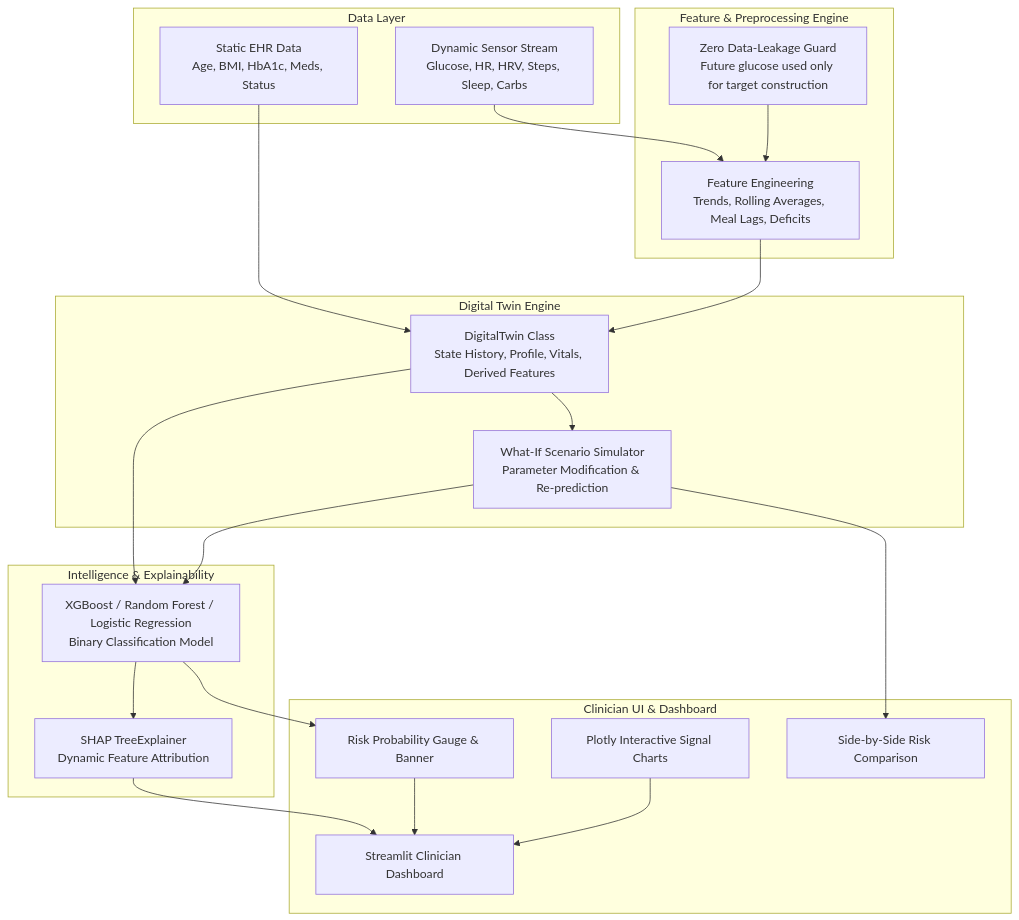
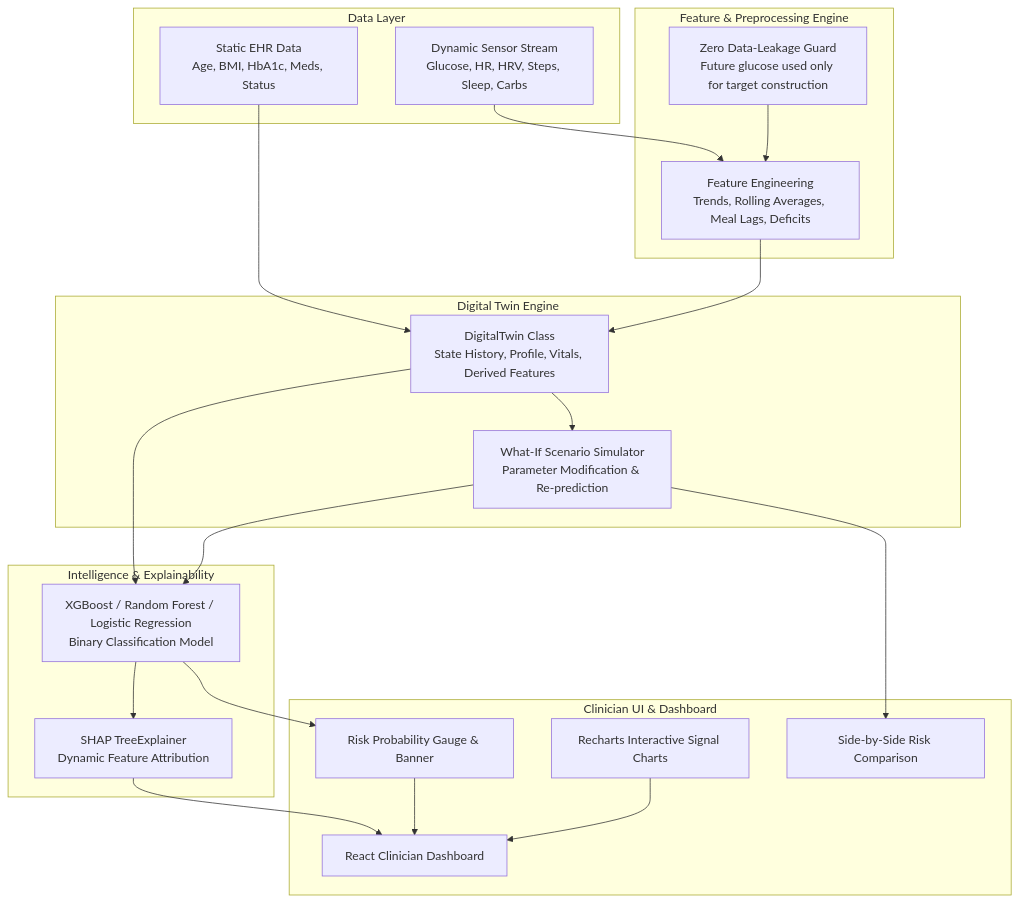
Before and after one commit to ARYANJUMDE/Digital_Twin_Hackathon: the diagram in GlucoTwin/architecture/system_architecture.md, drawn with Mermaid. The commit also changed 12 other files, not shown here.

Commit message:
Remove Streamlit dashboard in favor of React frontend

````diff
--- a/GlucoTwin/architecture/system_architecture.md
+++ b/GlucoTwin/architecture/system_architecture.md
@@ -13,43 +13,43 @@
 ```mermaid
 flowchart TD
     subgraph Data Layer
         EHR[Static EHR Data\nAge, BMI, HbA1c, Meds, Status]
         Wearable[Dynamic Sensor Stream\nGlucose, HR, HRV, Steps, Sleep, Carbs]
     end
 
     subgraph Feature & Preprocessing Engine
         FE[Feature Engineering\nTrends, Rolling Averages, Meal Lags, Deficits]
         DLGuard[Zero Data-Leakage Guard\nFuture glucose used only for target construction]
     end
 
     subgraph Digital Twin Engine
         DT[DigitalTwin Class\nState History, Profile, Vitals, Derived Features]
         SimEngine[What-If Scenario Simulator\nParameter Modification & Re-prediction]
     end
 
     subgraph Intelligence & Explainability
         MLModel[XGBoost / Random Forest / Logistic Regression\nBinary Classification Model]
         SHAPExplainer[SHAP TreeExplainer\nDynamic Feature Attribution]
     end
 
     subgraph Clinician UI & Dashboard
-        StreamlitApp[Streamlit Clinician Dashboard]
-        Plots[Plotly Interactive Signal Charts]
+        ReactApp[React Clinician Dashboard]
+        Plots[Recharts Interactive Signal Charts]
         RiskGauge[Risk Probability Gauge & Banner]
         SimUI[Side-by-Side Risk Comparison]
     end
 
     EHR --> DT
     Wearable --> FE
     DLGuard --> FE
     FE --> DT
     DT --> MLModel
     MLModel --> SHAPExplainer
     DT --> SimEngine
     SimEngine --> MLModel
     MLModel --> RiskGauge
-    SHAPExplainer --> StreamlitApp
-    RiskGauge --> StreamlitApp
-    Plots --> StreamlitApp
+    SHAPExplainer --> ReactApp
+    RiskGauge --> ReactApp
+    Plots --> ReactApp
     SimEngine --> SimUI
 ```
````
